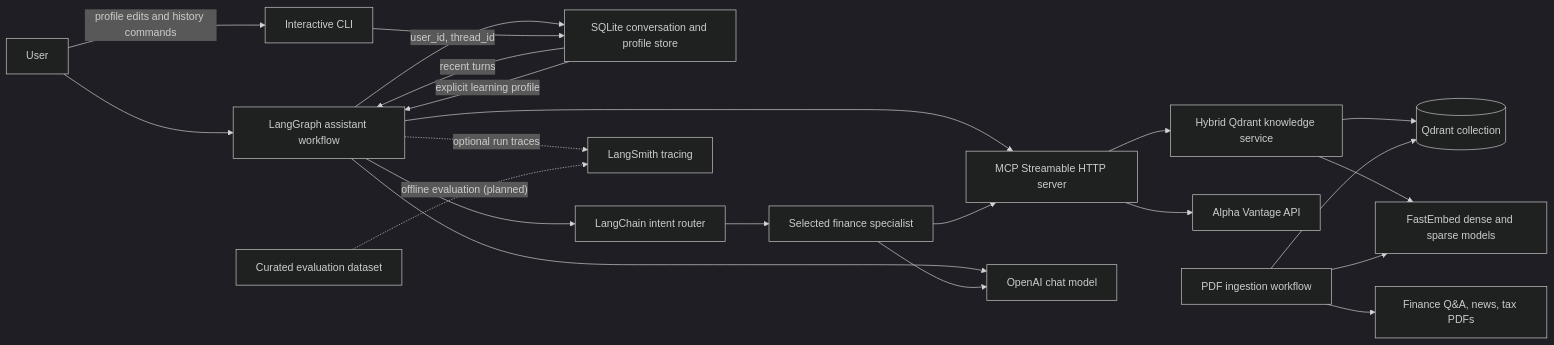
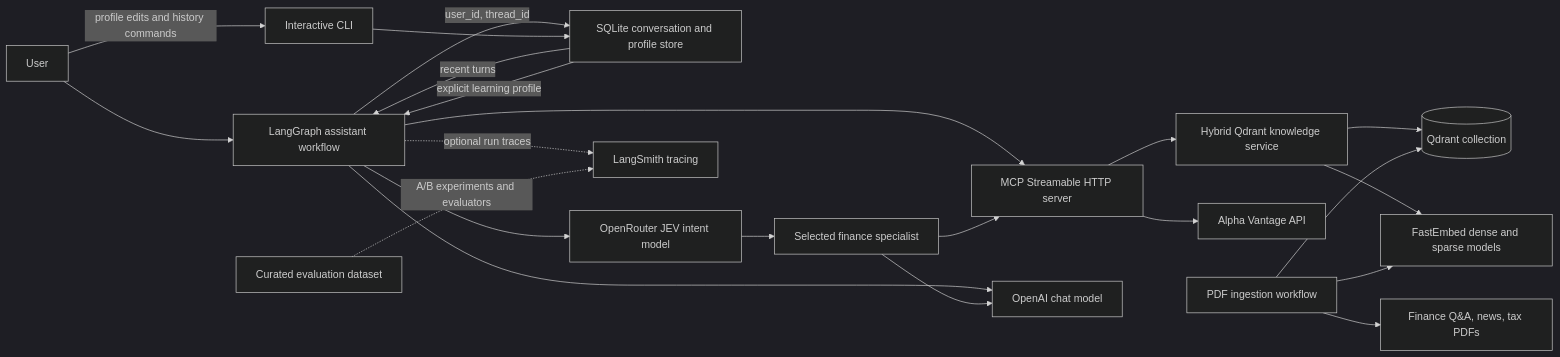
One commit to prashrao27/FinanceAssistance changed the diagram in README.md. Above: the diagram before and after it, drawn with Mermaid (dark theme). The commit also changed other lines of this file and 10 other files, not shown here.

````diff
--- a/README.md
+++ b/README.md
@@ -45,24 +45,24 @@
 ```mermaid
 flowchart LR
     User[User] --> Workflow[LangGraph assistant workflow]
     Workflow -->|user_id, thread_id| ConversationStore[SQLite conversation and profile store]
     ConversationStore -->|recent turns| Workflow
     ConversationStore -->|explicit learning profile| Workflow
     User -->|profile edits and history commands| CLI[Interactive CLI]
     CLI --> ConversationStore
-    Workflow --> Router[LangChain intent router]
+    Workflow --> Router[OpenRouter JEV intent model]
     Router --> Specialist[Selected finance specialist]
     Workflow --> MCP[MCP Streamable HTTP server]
     Specialist --> MCP
     MCP --> Knowledge[Hybrid Qdrant knowledge service]
     Knowledge --> Qdrant[(Qdrant collection)]
     Knowledge --> Embedding[FastEmbed dense and sparse models]
     MCP --> FinanceAPI[Alpha Vantage API]
     Workflow --> LLM[OpenAI chat model]
     Specialist --> LLM
     Ingestion[PDF ingestion workflow] --> PDFs[Finance Q&A, news, tax PDFs]
     Ingestion --> Embedding
     Ingestion --> Qdrant
     Workflow -. "optional run traces" .-> LangSmith[LangSmith tracing]
-    EvalSet[Curated evaluation dataset] -. "offline evaluation (planned)" .-> LangSmith
+    EvalSet[Curated evaluation dataset] -. "A/B experiments and evaluators" .-> LangSmith
 ```
````
